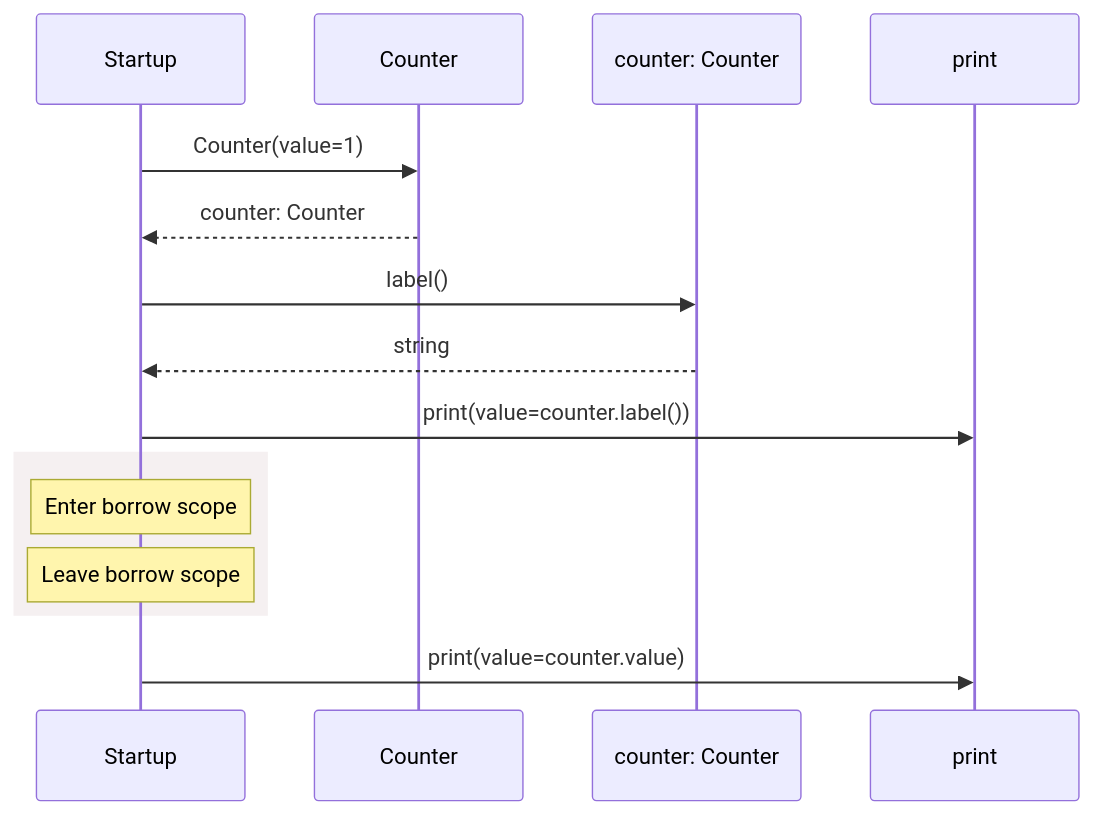
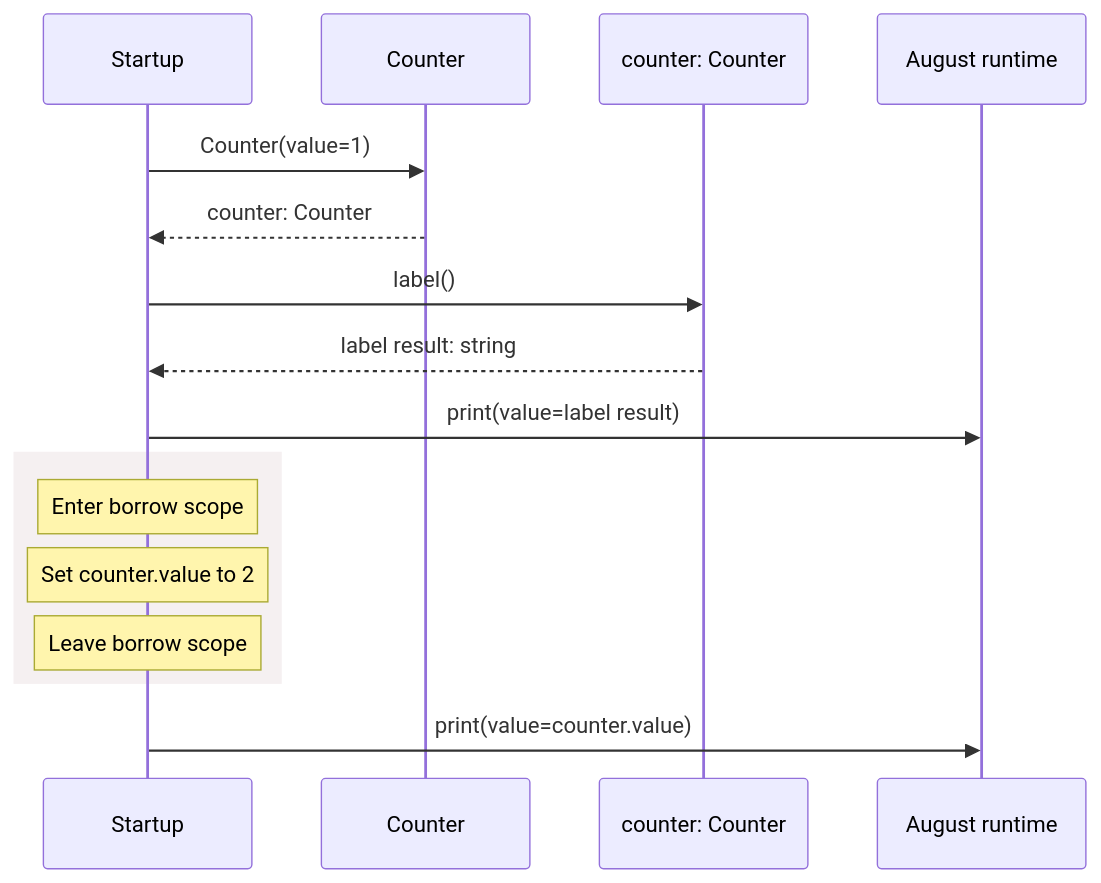
One commit to GreenPandaStudios/augscript changed the second of 2 diagrams in docs/examples/visibility/main-diagrams.md. Above: the diagram before and after it, drawn with Mermaid. The commit also changed other lines of this file and 304 other files, not shown here.

Commit message:
Make generated data-flow sequences concise and review every diagram

````diff
--- a/docs/examples/visibility/main-diagrams.md
+++ b/docs/examples/visibility/main-diagrams.md
@@ -49,17 +36,18 @@
 ```mermaid
 sequenceDiagram
     participant p0 as Startup
     participant p1 as Counter
     participant p2 as counter: Counter
-    participant p3 as print
+    participant p3 as August runtime
     p0->>p1: Counter(value=1)
     p1-->>p0: counter: Counter
     p0->>p2: label()
-    p2-->>p0: string
-    p0->>p3: print(value=counter.label())
+    p2-->>p0: label result: string
+    p0->>p3: print(value=label result)
     rect rgb(245, 240, 241)
     Note over p0: Enter borrow scope
+    Note over p0: Set counter.value to 2
     Note over p0: Leave borrow scope
     end
     p0->>p3: print(value=counter.value)
 ```
````
